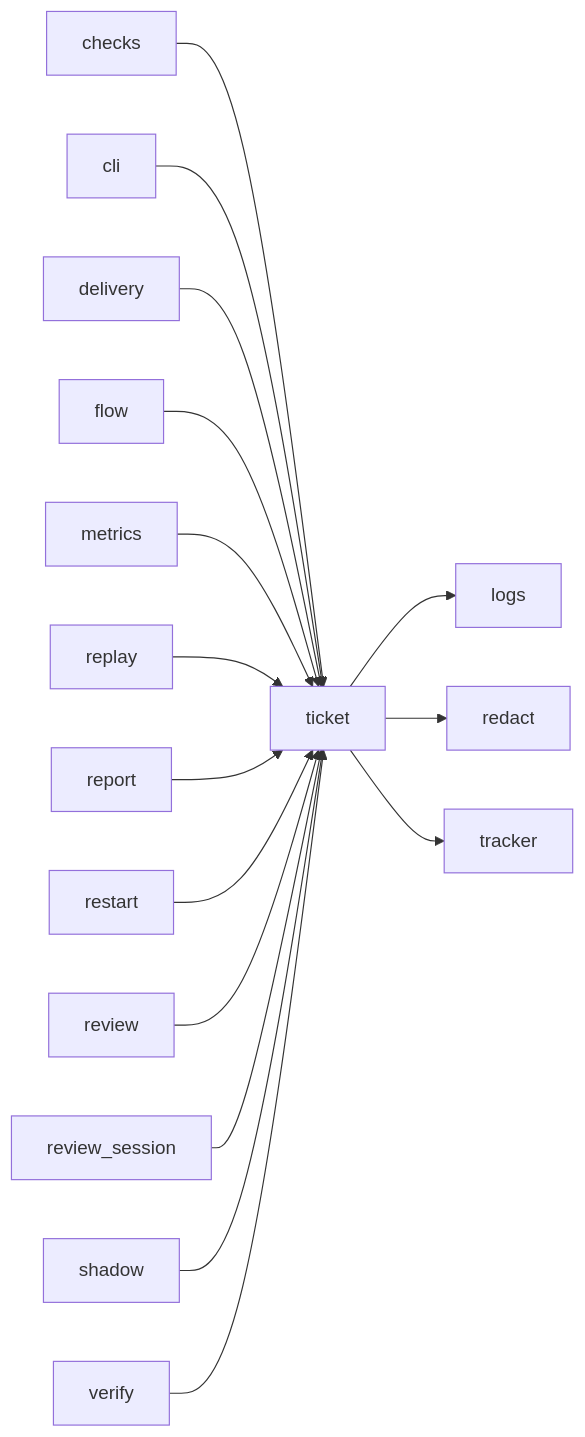
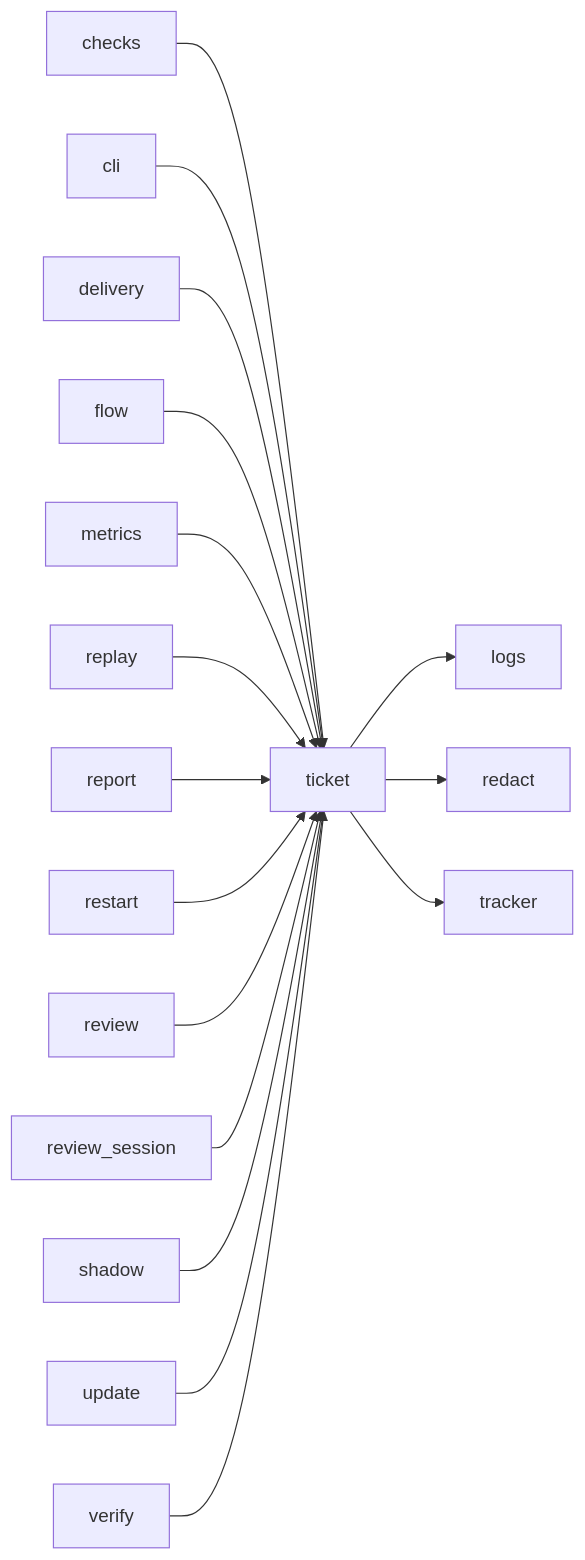
The third of 3 diagrams in docs/architecture/modules/ticket.md (plaplanche/ariane), drawn with Mermaid before and after one commit. The commit also changed other lines of this file and 33 other files, not shown here.

````diff
--- a/docs/architecture/modules/ticket.md
+++ b/docs/architecture/modules/ticket.md
@@ -95,18 +95,19 @@
 ```mermaid
 flowchart LR
   checks --> ticket
   cli --> ticket
   delivery --> ticket
   flow --> ticket
   metrics --> ticket
   replay --> ticket
   report --> ticket
   restart --> ticket
   review --> ticket
   review_session --> ticket
   shadow --> ticket
   ticket --> logs
   ticket --> redact
   ticket --> tracker
+  update --> ticket
   verify --> ticket
 ```
````
